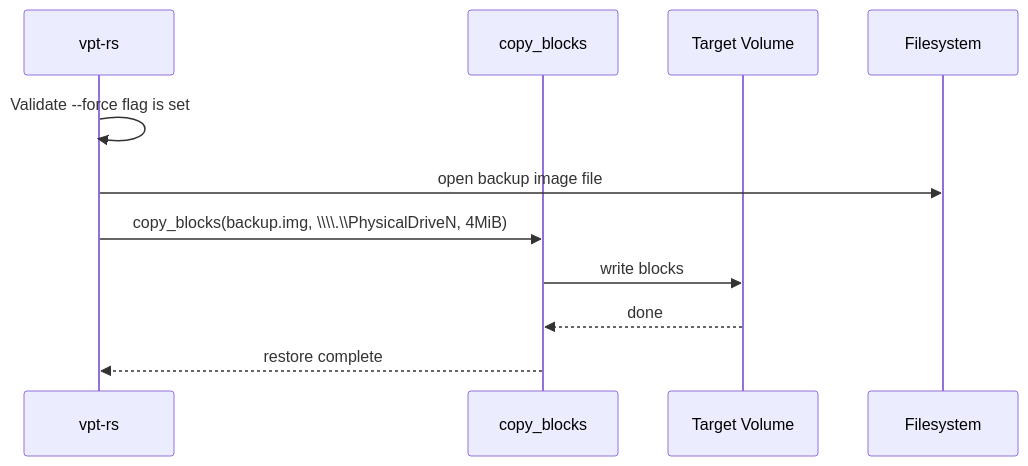
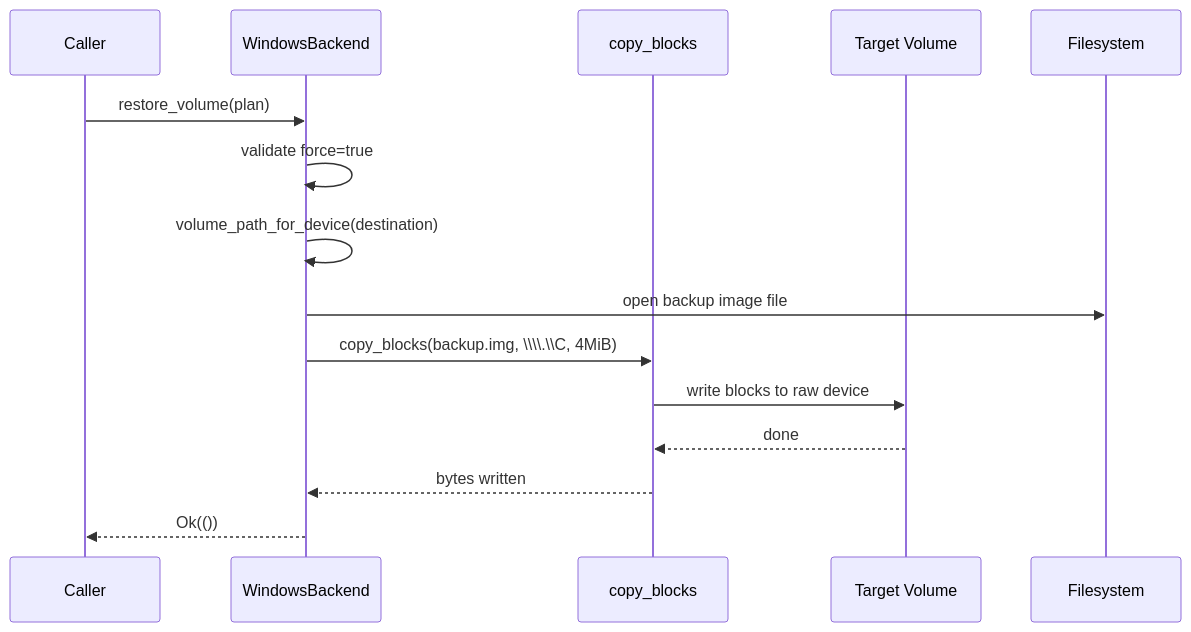
Before and after one commit to XUranus/vpt-rs: the fourth of 5 diagrams in wiki/docs/providers/vss.md, drawn with Mermaid. The commit also changed other lines of this file and 52 other files, not shown here.

First line of the commit message:
Enhance wiki: mermaid rendering, detailed content, i18n (zh-Hans)

````diff
--- a/wiki/docs/providers/vss.md
+++ b/wiki/docs/providers/vss.md
@@ -206,15 +643,18 @@
 ```mermaid
 sequenceDiagram
-    participant App as vpt-rs
+    participant Caller
+    participant Backend as WindowsBackend
     participant Copy as copy_blocks
     participant Vol as Target Volume
     participant FS as Filesystem
 
-    App->>App: Validate --force flag is set
-
-    App->>FS: open backup image file
-    App->>Copy: copy_blocks(backup.img, \\\\.\\PhysicalDriveN, 4MiB)
-    Copy->>Vol: write blocks
+    Caller->>Backend: restore_volume(plan)
+    Backend->>Backend: validate force=true
+    Backend->>Backend: volume_path_for_device(destination)
+    Backend->>FS: open backup image file
+    Backend->>Copy: copy_blocks(backup.img, \\\\.\\C, 4MiB)
+    Copy->>Vol: write blocks to raw device
     Vol-->>Copy: done
-    Copy-->>App: restore complete
+    Copy-->>Backend: bytes written
+    Backend-->>Caller: Ok(())
 ```
````
